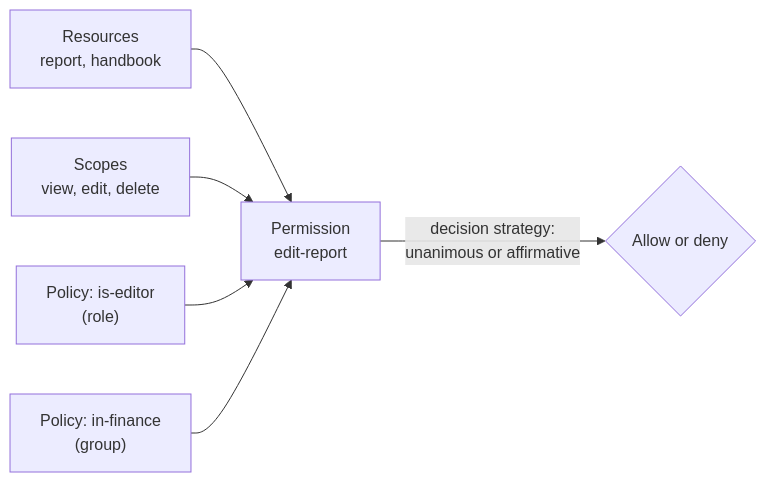
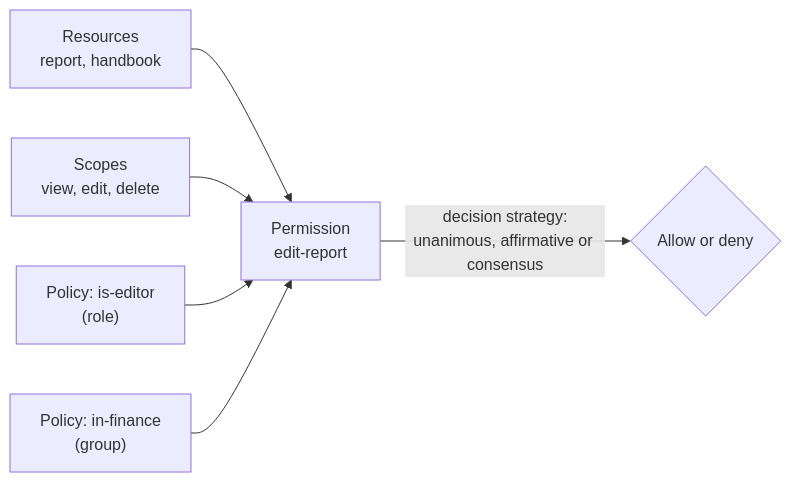
Before and after one commit to aakashagg123/gatsby: the diagram in access-control/keycloak-authorization-services.md, drawn with Mermaid. The commit also changed other lines of this file and 17 other files, not shown here.

````diff
--- a/access-control/keycloak-authorization-services.md
+++ b/access-control/keycloak-authorization-services.md
@@ -37,8 +37,8 @@
 ```mermaid
 flowchart LR
   RES["Resources<br/>report, handbook"] --> PERM["Permission<br/>edit-report"]
   SC["Scopes<br/>view, edit, delete"] --> PERM
   POL1["Policy: is-editor<br/>(role)"] --> PERM
   POL2["Policy: in-finance<br/>(group)"] --> PERM
-  PERM -->|"decision strategy:<br/>unanimous or affirmative"| DEC{"Allow or deny"}
+  PERM -->|"decision strategy:<br/>unanimous, affirmative or consensus"| DEC{"Allow or deny"}
 ```
````
